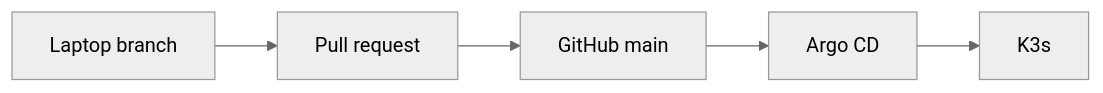
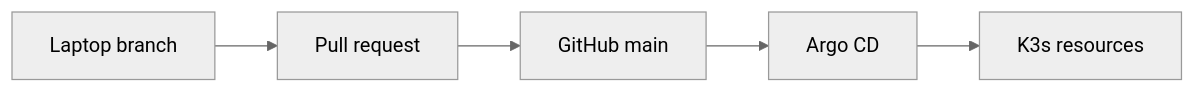
The diagram in docs/architecture.md (kurtening/homelab), drawn with Mermaid (neutral theme) before and after one commit. The commit also changed other lines of this file and 1 other file, not shown here.

````diff
--- a/docs/architecture.md
+++ b/docs/architecture.md
@@ -26,7 +42,7 @@
 ```mermaid
 flowchart LR
     A["Laptop branch"] --> B["Pull request"]
     B --> C["GitHub main"]
     C --> D["Argo CD"]
-    D --> E["K3s"]
+    D --> E["K3s resources"]
 ```
````
